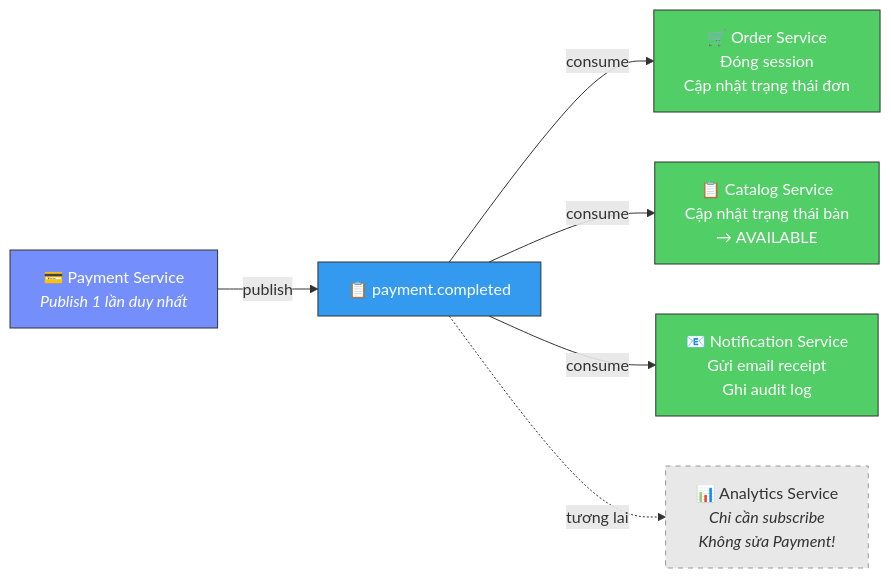
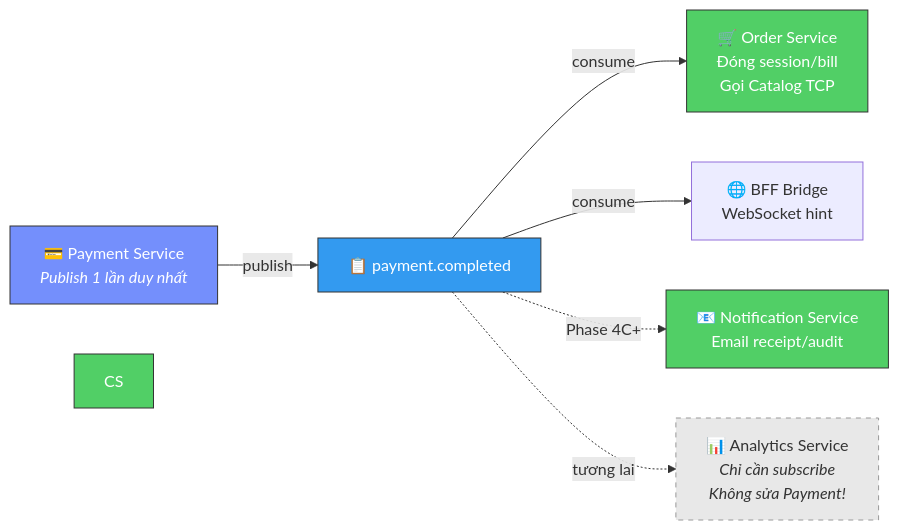
One commit to quan-vo-dinh/saas-pos-microservices-qrtable changed diagram 26 of 38 in docs/guides/kafka-qrtable.md. Above: the diagram before and after it, drawn with Mermaid. The commit also changed other lines of this file and 10 other files, not shown here.

````diff
--- a/docs/guides/kafka-qrtable.md
+++ b/docs/guides/kafka-qrtable.md
@@ -1179,19 +1183,19 @@
 ```mermaid
 graph LR
     PAY["💳 Payment Service<br/><i>Publish 1 lần duy nhất</i>"]
     TOPIC["📋 payment.completed"]
 
     PAY -->|"publish"| TOPIC
 
-    TOPIC -->|"consume"| OS["🛒 Order Service<br/>Đóng session<br/>Cập nhật trạng thái đơn"]
-    TOPIC -->|"consume"| CS["📋 Catalog Service<br/>Cập nhật trạng thái bàn<br/>→ AVAILABLE"]
-    TOPIC -->|"consume"| NS["📧 Notification Service<br/>Gửi email receipt<br/>Ghi audit log"]
+    TOPIC -->|"consume"| OS["🛒 Order Service<br/>Đóng session/bill<br/>Gọi Catalog TCP"]
+    TOPIC -->|"consume"| BFF["🌐 BFF Bridge<br/>WebSocket hint"]
+    TOPIC -.->|"Phase 4C+"| NS["📧 Notification Service<br/>Email receipt/audit"]
     TOPIC -.->|"tương lai"| AS2["📊 Analytics Service<br/><i>Chỉ cần subscribe</i><br/><i>Không sửa Payment!</i>"]
 
     style PAY fill:#748ffc,stroke:#333,color:#fff
     style TOPIC fill:#339af0,stroke:#333,color:#fff
     style OS fill:#51cf66,stroke:#333,color:#fff
     style CS fill:#51cf66,stroke:#333,color:#fff
     style NS fill:#51cf66,stroke:#333,color:#fff
     style AS2 fill:#e8e8e8,stroke:#999,stroke-dasharray: 5 5
 ```
````
